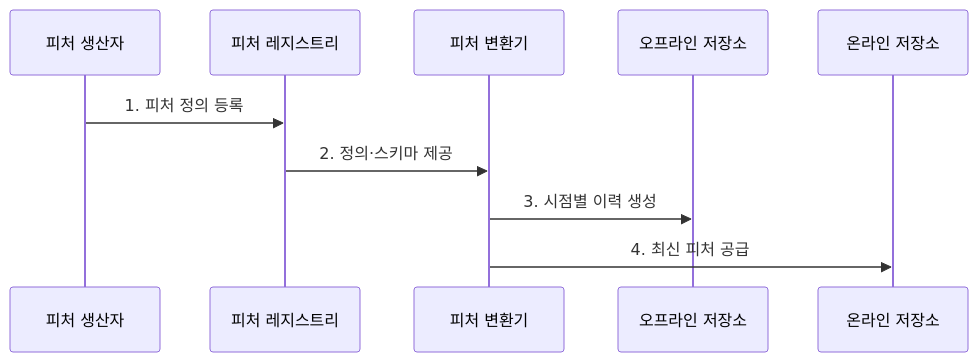
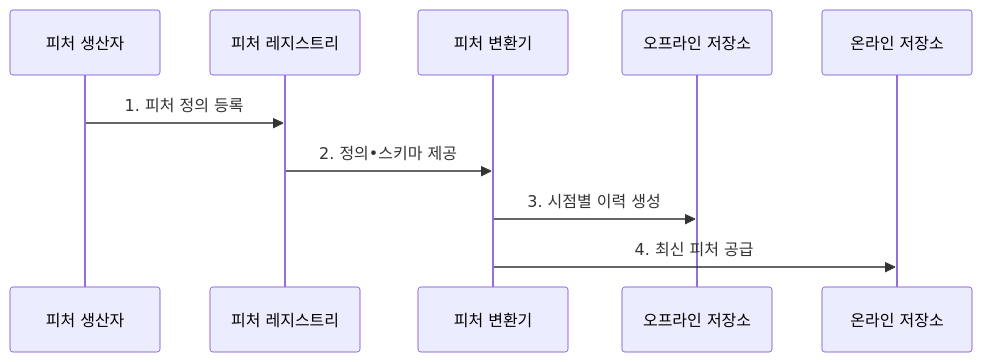
The second of 2 diagrams in src/content/docs/notes/03-software/204_feature_store.md (agnusdei1207/knowledge-base), drawn with Mermaid before and after one commit. The commit also changed other lines of this file and 953 other files, not shown here.

````diff
--- a/src/content/docs/notes/03-software/204_feature_store.md
+++ b/src/content/docs/notes/03-software/204_feature_store.md
@@ -107,12 +107,12 @@
 ```mermaid
 sequenceDiagram
     participant P as 피처 생산자
     participant R as 피처 레지스트리
     participant T as 피처 변환기
     participant O as 오프라인 저장소
     participant N as 온라인 저장소
     P->>R: 1. 피처 정의 등록
-    R->>T: 2. 정의·스키마 제공
+    R->>T: 2. 정의•스키마 제공
     T->>O: 3. 시점별 이력 생성
     T->>N: 4. 최신 피처 공급
 ```
````
